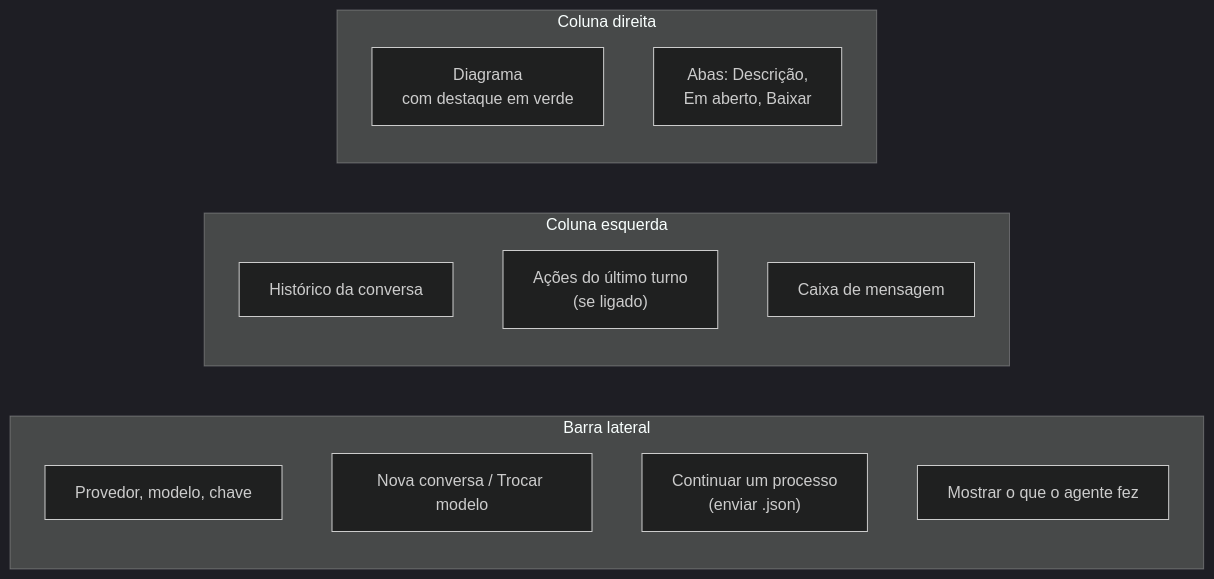
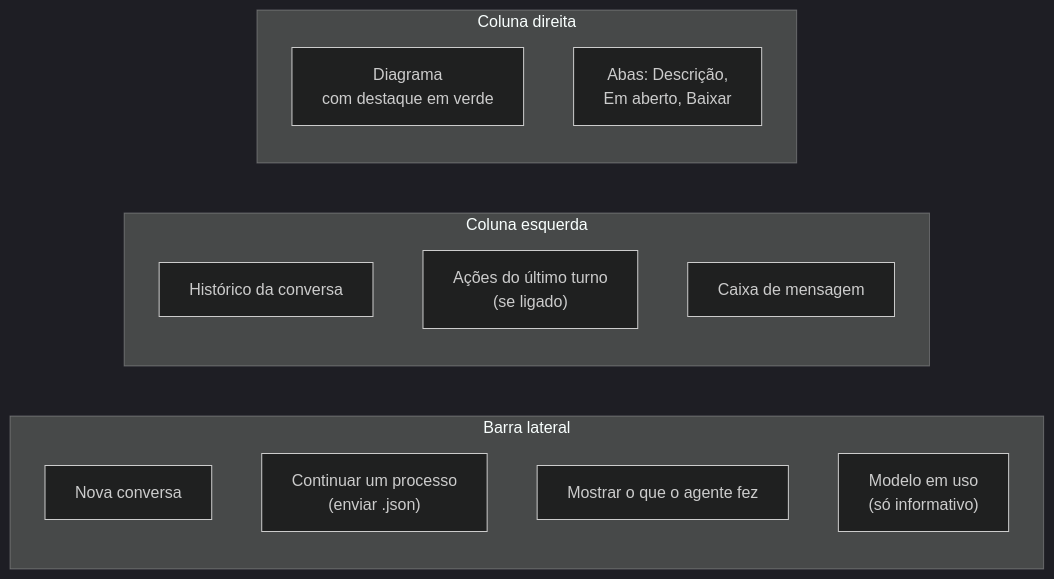
The first of 2 diagrams in docs/pecas/web.md (arthurparahyba/bpmn-agent), drawn with Mermaid (dark theme) before and after one commit. The commit also changed other lines of this file and 13 other files, not shown here.

````diff
--- a/docs/pecas/web.md
+++ b/docs/pecas/web.md
@@ -21,18 +35,18 @@
 ```mermaid
 flowchart LR
     subgraph barra["Barra lateral"]
-        B1["Provedor, modelo, chave"]
-        B2["Nova conversa / Trocar modelo"]
+        B2["Nova conversa"]
         B3["Continuar um processo<br/>(enviar .json)"]
         B4["Mostrar o que o agente fez"]
+        B1["Modelo em uso<br/>(só informativo)"]
     end
     subgraph chat["Coluna esquerda"]
         C1["Histórico da conversa"]
         C2["Ações do último turno<br/>(se ligado)"]
         C3["Caixa de mensagem"]
     end
     subgraph desenho["Coluna direita"]
         D1["Diagrama<br/>com destaque em verde"]
         D2["Abas: Descrição,<br/>Em aberto, Baixar"]
     end
 ```
````
